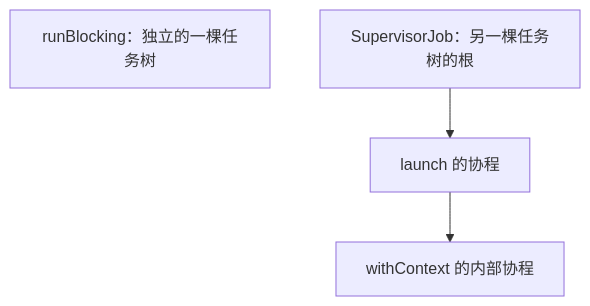
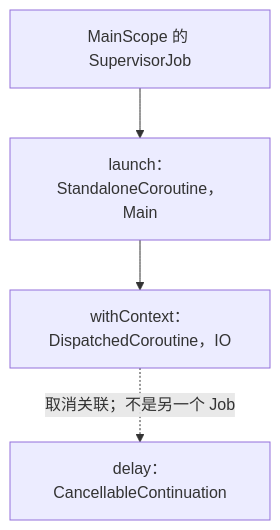
One commit to MEzzsy/EffectiveBlog changed the diagram in 04 Kotlin/01 协程与异步编程.md. Above: the diagram before and after it, drawn with Mermaid. The commit also changed other lines of this file and 41 other files, not shown here.

````diff
--- a/04 Kotlin/01 协程与异步编程.md
+++ b/04 Kotlin/01 协程与异步编程.md
@@ -1421,6 +334,6 @@
 ```mermaid
 flowchart TD
-    R["runBlocking：独立的一棵任务树"]
-    S["SupervisorJob：另一棵任务树的根"] --> L["launch 的协程"]
-    L --> W["withContext 的内部协程"]
+    S["MainScope 的 SupervisorJob"] --> L["launch：StandaloneCoroutine，Main"]
+    L --> W["withContext：DispatchedCoroutine，IO"]
+    W -. "取消关联；不是另一个 Job" .-> D["delay：CancellableContinuation"]
 ```
````
